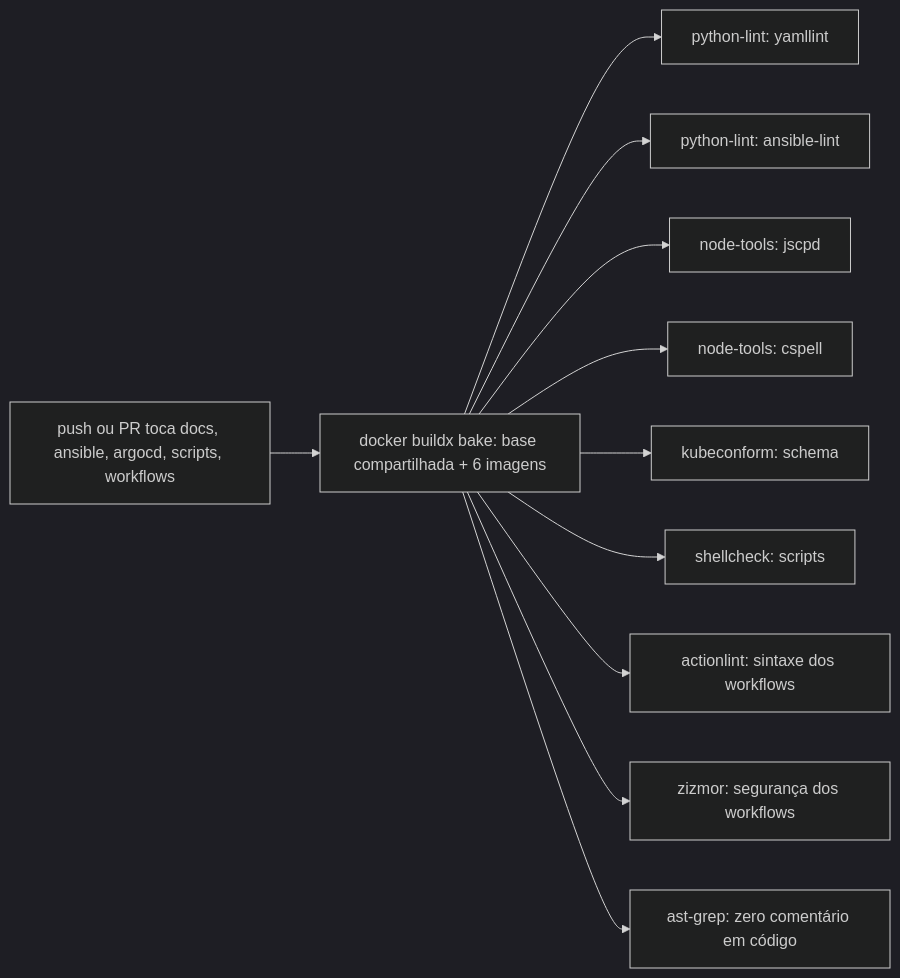
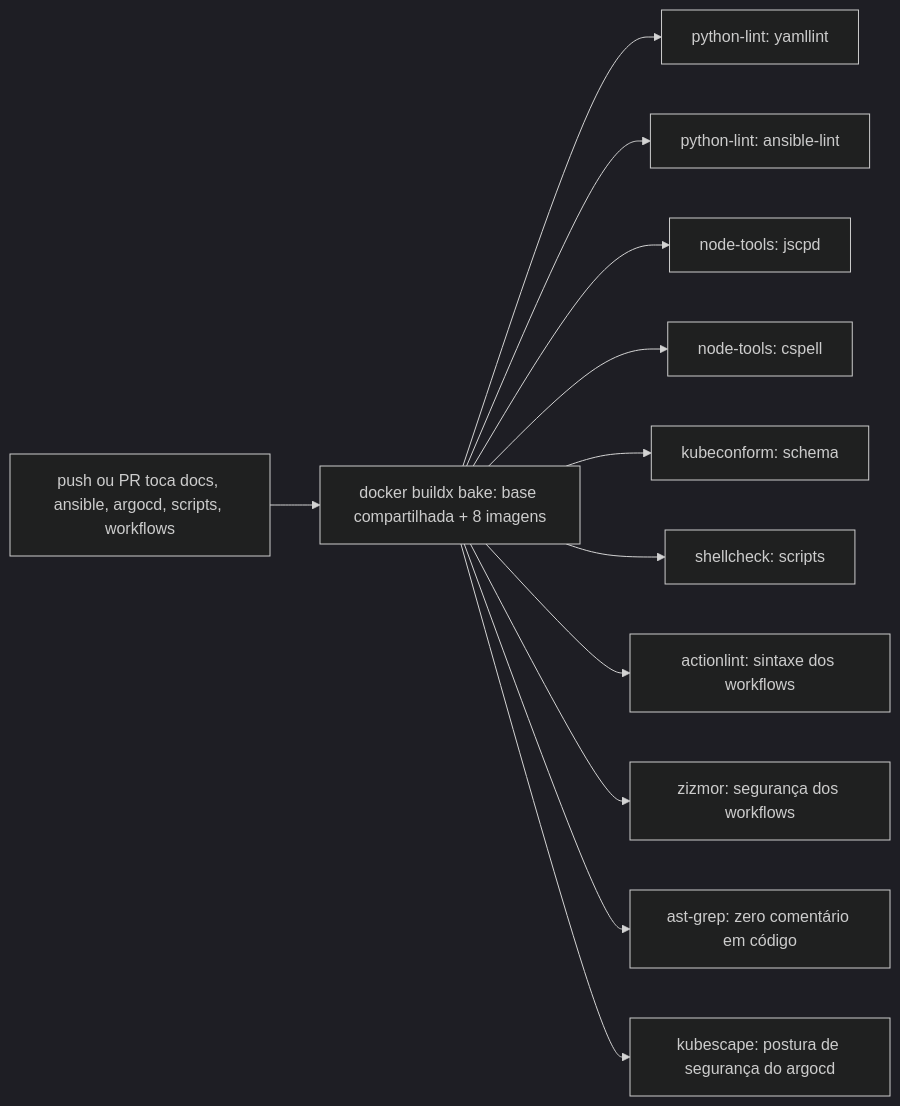
The seventh of 15 diagrams in docs/operacao/desenvolvimento.md (ladesa-ro/infrastructure), drawn with Mermaid (dark theme) before and after one commit. The commit also changed other lines of this file and 4 other files, not shown here.

````diff
--- a/docs/operacao/desenvolvimento.md
+++ b/docs/operacao/desenvolvimento.md
@@ -232,13 +239,14 @@
 ```mermaid
 flowchart LR
-    Push[push ou PR toca docs, ansible, argocd, scripts, workflows] --> Bake[docker buildx bake: base compartilhada + 6 imagens]
+    Push[push ou PR toca docs, ansible, argocd, scripts, workflows] --> Bake[docker buildx bake: base compartilhada + 8 imagens]
     Bake --> YamlLint[python-lint: yamllint]
     Bake --> AnsibleLint[python-lint: ansible-lint]
     Bake --> Jscpd[node-tools: jscpd]
     Bake --> Cspell[node-tools: cspell]
     Bake --> Kubeconform[kubeconform: schema]
     Bake --> Shellcheck[shellcheck: scripts]
     Bake --> Actionlint[actionlint: sintaxe dos workflows]
     Bake --> Zizmor[zizmor: segurança dos workflows]
     Bake --> AstGrep[ast-grep: zero comentário em código]
+    Bake --> Kubescape[kubescape: postura de segurança do argocd]
 ```
````
